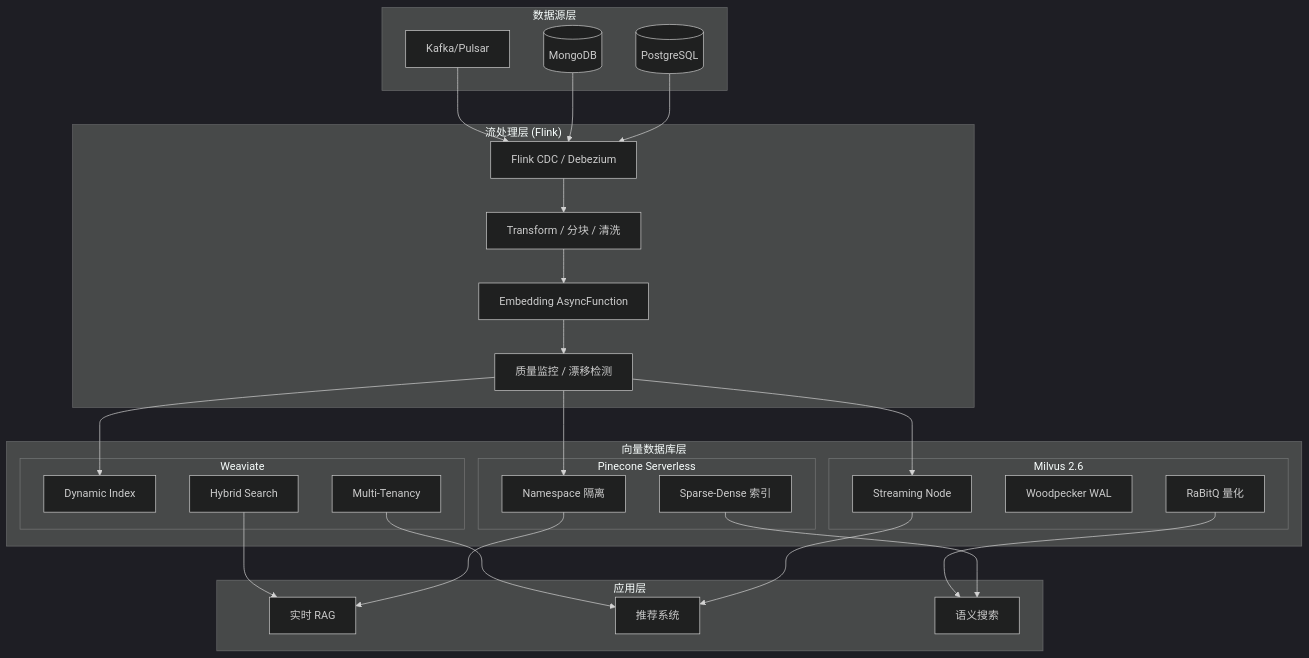
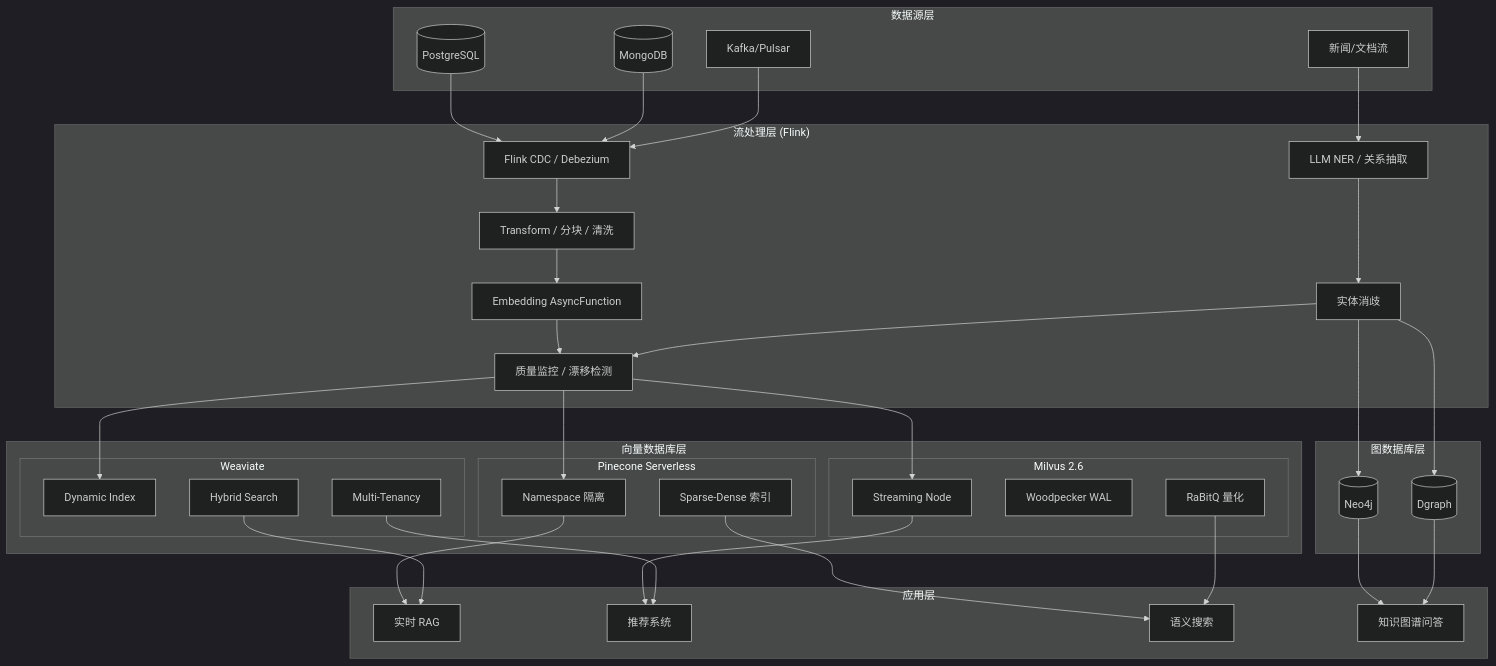
One commit to AdaMartin18010/AnalysisDataFlow changed the first of 4 diagrams in Knowledge/06-frontier/streaming-vector-db-frontier-2026.md. Above: the diagram before and after it, drawn with Mermaid (dark theme). The commit also changed other lines of this file and 217 other files, not shown here.

````diff
--- a/Knowledge/06-frontier/streaming-vector-db-frontier-2026.md
+++ b/Knowledge/06-frontier/streaming-vector-db-frontier-2026.md
@@ -265,57 +562,73 @@
 ```mermaid
 graph TB
     subgraph Sources["数据源层"]
         PG[(PostgreSQL)]
         MG[(MongoDB)]
         MQ[Kafka/Pulsar]
+        NEWS[新闻/文档流]
     end
 
     subgraph Streaming["流处理层 (Flink)"]
         CDC[Flink CDC / Debezium]
         TF[Transform / 分块 / 清洗]
         EF[Embedding AsyncFunction]
+        NER[LLM NER / 关系抽取]
+        ED[实体消歧]
         QC[质量监控 / 漂移检测]
     end
 
     subgraph VectorDB["向量数据库层"]
         subgraph Pinecone["Pinecone Serverless"]
             PNS[Namespace 隔离]
             PSS[Sparse-Dense 索引]
         end
 
         subgraph Milvus["Milvus 2.6"]
             MSN[Streaming Node]
             MWD[Woodpecker WAL]
             MRB[RaBitQ 量化]
         end
 
         subgraph Weaviate["Weaviate"]
             WDI[Dynamic Index]
             WHY[Hybrid Search]
             WMT[Multi-Tenancy]
         end
     end
 
+    subgraph GraphDB["图数据库层"]
+        NEO[(Neo4j)]
+        DGR[(Dgraph)]
+    end
+
     subgraph Apps["应用层"]
         RAG[实时 RAG]
         REC[推荐系统]
         SEARCH[语义搜索]
+        KGQ[知识图谱问答]
     end
 
     PG --> CDC
     MG --> CDC
     MQ --> CDC
+    NEWS --> NER
     CDC --> TF
     TF --> EF
     EF --> QC
+    NER --> ED
+    ED --> QC
     QC --> PNS
     QC --> MSN
     QC --> WDI
+    ED --> NEO
+    ED --> DGR
 
     PNS --> RAG
     PSS --> SEARCH
     MSN --> REC
     MRB --> SEARCH
     WHY --> RAG
     WMT --> REC
+    NEO --> KGQ
+    DGR --> KGQ
 ```
````
